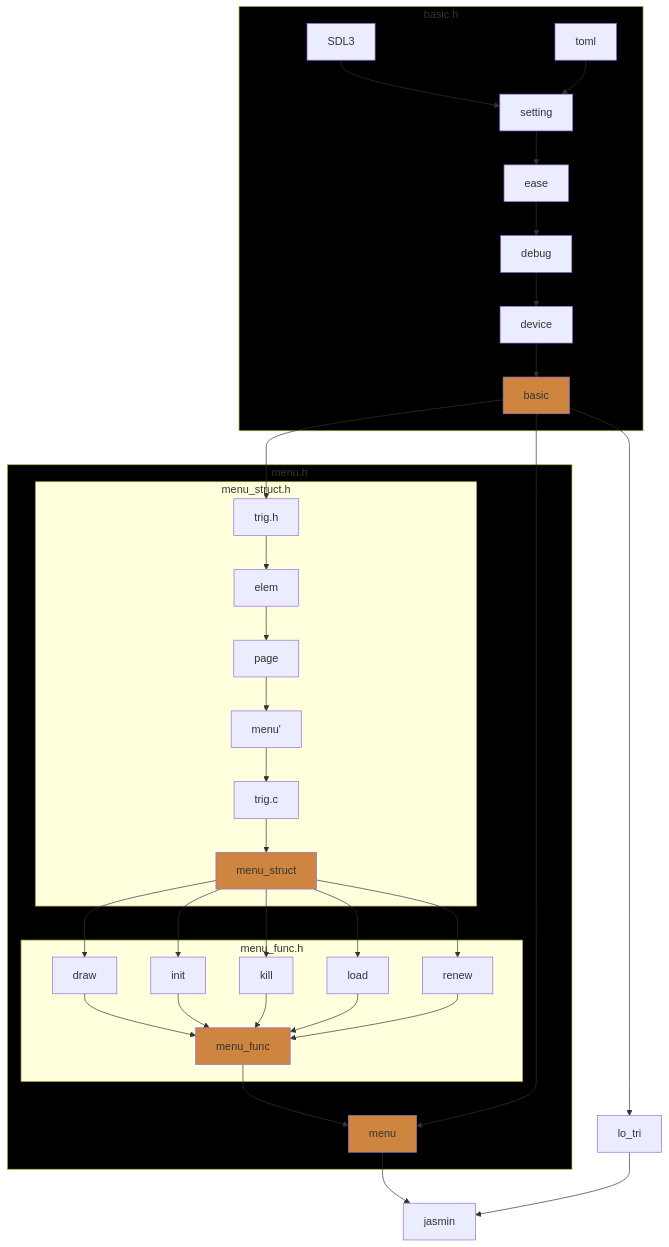
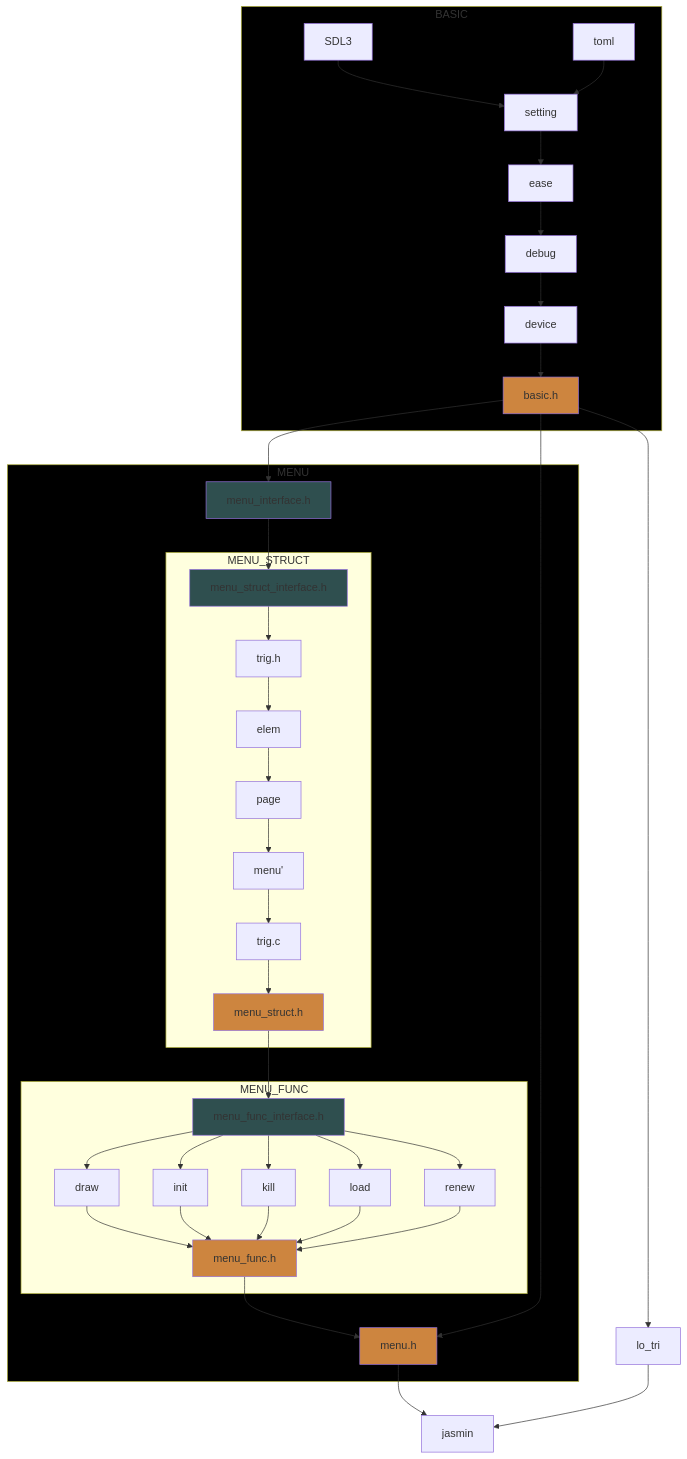
The diagram in src/jasmin/README.md (ShilianShen/Jasmin), drawn with Mermaid before and after one commit. The commit also changed 3 other files, not shown here.

````diff
--- a/src/jasmin/README.md
+++ b/src/jasmin/README.md
@@ -15,32 +15,42 @@
 ```mermaid
 graph
-    subgraph basic.h
+    subgraph BASIC
         SDL3 --> setting
-        toml --> setting --> ease --> debug --> device --> basic
+        toml --> setting --> ease --> debug --> device --> basic.h
     end
 
-    subgraph menu.h
-        subgraph menu_struct.h
-            basic --> trig.h --> elem --> page --> menu' --> trig.c --> menu_struct
+    subgraph MENU
+        basic.h --> menu_interface.h --> menu_struct_interface.h
+        
+        subgraph MENU_STRUCT
+            menu_struct_interface.h --> trig.h --> elem
+            elem --> page --> menu' --> trig.c --> menu_struct.h
         end
 
-        subgraph menu_func.h
-            menu_struct --> draw --> menu_func
-            menu_struct --> init --> menu_func
-            menu_struct --> kill --> menu_func
-            menu_struct --> load --> menu_func
-            menu_struct --> renew --> menu_func
+        menu_struct.h --> menu_func_interface.h
+        
+        subgraph MENU_FUNC
+            menu_func_interface.h --> draw --> menu_func.h
+            menu_func_interface.h --> init --> menu_func.h
+            menu_func_interface.h --> kill --> menu_func.h
+            menu_func_interface.h --> load --> menu_func.h
+            menu_func_interface.h --> renew --> menu_func.h
         end
-        menu_func --> menu
+        menu_func.h --> menu.h
     end
   
-    style basic.h fill: black
-    style menu.h fill: black
-    style basic fill: peru
-    style menu_struct fill: peru
-    style menu_func fill: peru
-    style menu fill: peru
+    style BASIC fill: black
+    style MENU fill: black
 
-    basic --> menu --> jasmin
-    basic --> lo_tri --> jasmin
+    style menu_struct_interface.h fill: darkslategray
+    style menu_func_interface.h fill: darkslategray
+    style menu_interface.h fill: darkslategray
+    
+    style basic.h fill: peru
+    style menu_struct.h fill: peru
+    style menu_func.h fill: peru
+    style menu.h fill: peru
+
+    basic.h --> menu.h --> jasmin
+    basic.h --> lo_tri --> jasmin
 ```
````
